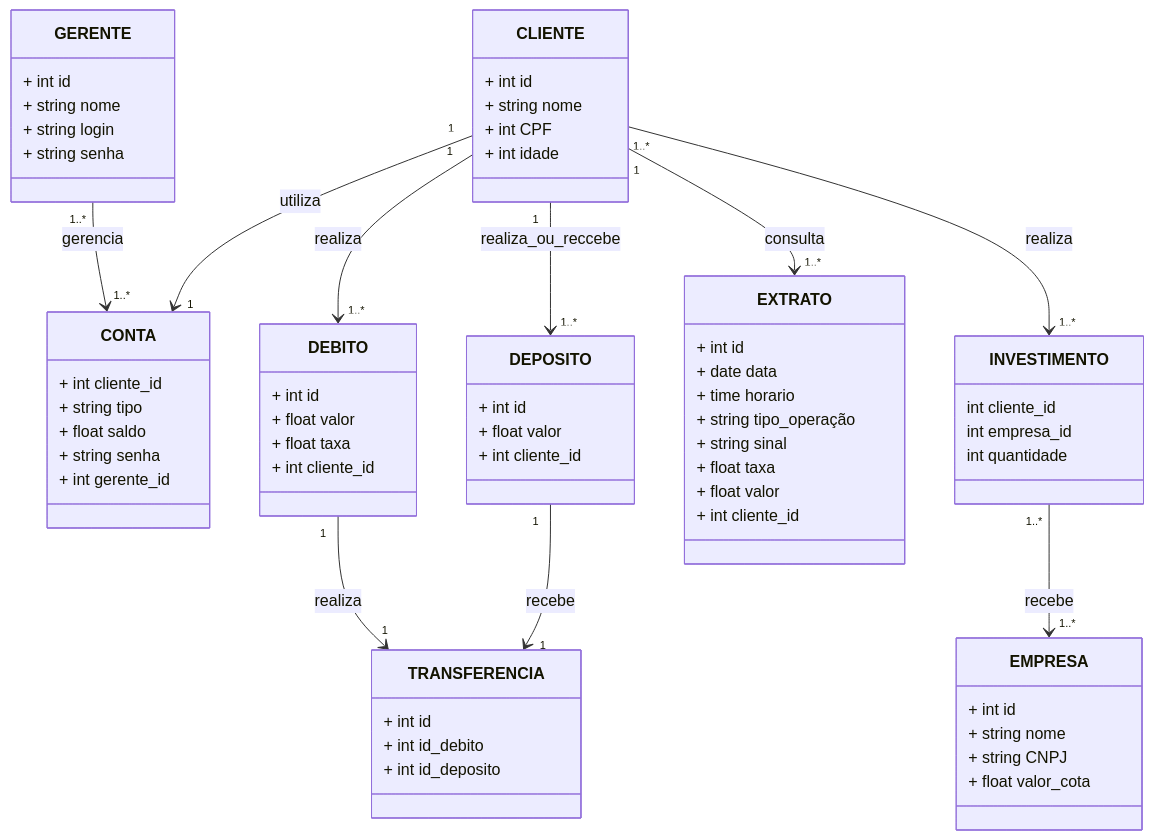
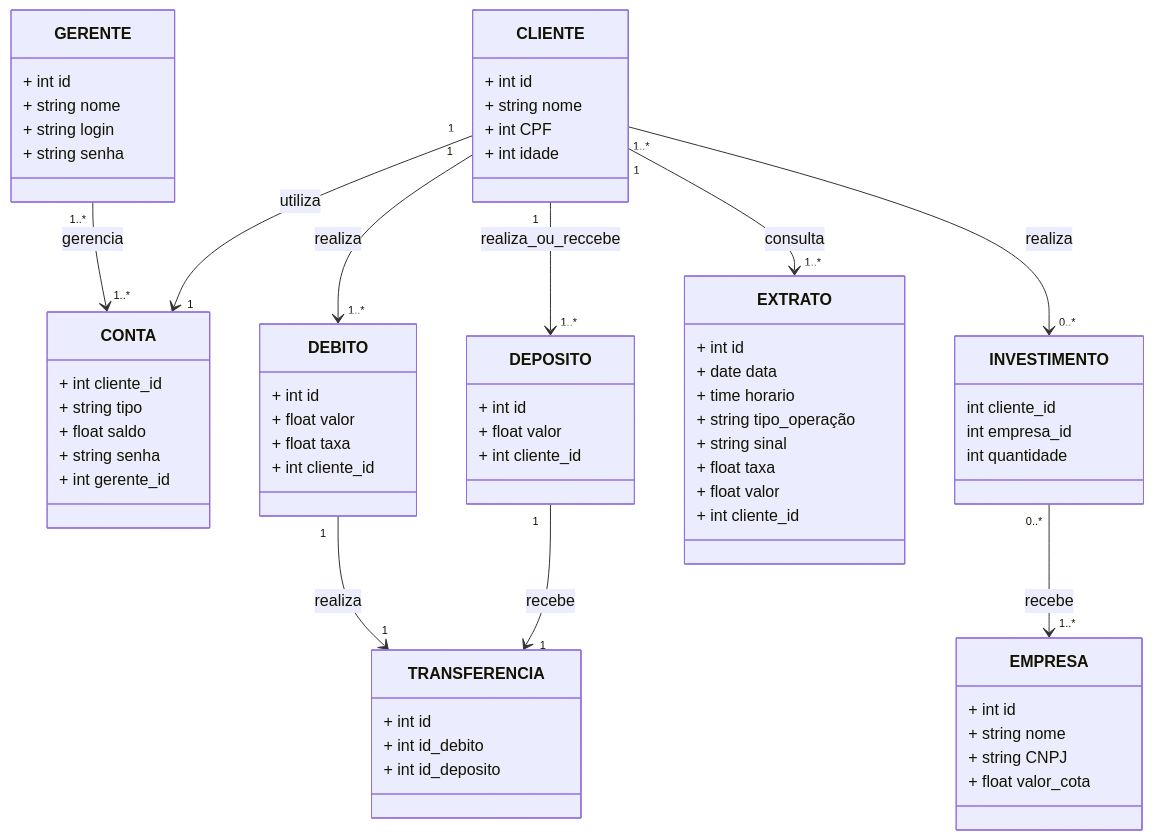
Before and after one commit to iagorosa28/banco_quempoupatem_banco_de_dados: the second of 2 diagrams in README.md, drawn with Mermaid.

````diff
--- a/README.md
+++ b/README.md
@@ -81,78 +81,78 @@
 ```mermaid
 classDiagram
     class CLIENTE
     CLIENTE : + int id
     CLIENTE : + string nome
     CLIENTE : + int CPF
     CLIENTE : + int idade
 
     class GERENTE
     GERENTE : + int id
     GERENTE : + string nome
     GERENTE : + string login
     GERENTE : + string senha
 
     class CONTA
     CONTA : + int cliente_id
     CONTA : + string tipo
     CONTA : + float saldo
     CONTA : + string senha
     CONTA : + int gerente_id
 
     class DEBITO
     DEBITO : + int id
     DEBITO : + float valor
     DEBITO : + float taxa
     DEBITO : + int cliente_id
 
     class DEPOSITO
     DEPOSITO : + int id
     DEPOSITO : + float valor
     DEPOSITO : + int cliente_id
 
     class TRANSFERENCIA
     TRANSFERENCIA : + int id
     TRANSFERENCIA : + int id_debito
     TRANSFERENCIA : + int id_deposito
 
     class EXTRATO
     EXTRATO : + int id
     EXTRATO : + date data 
     EXTRATO : + time horario
     EXTRATO : + string tipo_operação
     EXTRATO : + string sinal
     EXTRATO : + float taxa
     EXTRATO : + float valor
     EXTRATO : + int cliente_id
     
     class EMPRESA
     EMPRESA : + int id
     EMPRESA : + string nome
     EMPRESA : + string CNPJ
     EMPRESA : + float valor_cota
 
     class INVESTIMENTO
     INVESTIMENTO : int cliente_id
     INVESTIMENTO : int empresa_id
     INVESTIMENTO : int quantidade
 
     CLIENTE "1" --> "1" CONTA : utiliza
     GERENTE "1..*" --> "1..*" CONTA : gerencia
     CLIENTE "1" --> "1..*" DEBITO : realiza
     CLIENTE "1" --> "1..*" DEPOSITO : realiza_ou_reccebe
     DEBITO "1" --> "1" TRANSFERENCIA : realiza
     DEPOSITO "1" --> "1" TRANSFERENCIA : recebe
     CLIENTE "1" --> "1..*" EXTRATO : consulta
-    CLIENTE "1..*" --> "1..*" INVESTIMENTO : realiza
-    INVESTIMENTO "1..*" --> "1..*" EMPRESA : recebe
+    CLIENTE "1..*" --> "0..*" INVESTIMENTO : realiza
+    INVESTIMENTO "0..*" --> "1..*" EMPRESA : recebe
     
     %%CLIENTE "1" --> "1..*" TRANSFERÊNCIA : faz_ou_recebe
     
     %%CONTA "1" --> "1..*" DÉBITO : atualiza
     %%CONTA "1" --> "1..*" DEPÓSITO : atualiza
     %%CONTA "1" --> "1..*" TRANSFERÊNCIA : atualiza
     %%EXTRATO "1" --> "1..*" DÉBITO : gera_um_registro
     %%EXTRATO "1" --> "1..*" DEPÓSITO : gera_um_registro
     %%EXTRATO "1" --> "1..*" TRANSFERÊNCIA : gera_um_registro
     
 ```
````
